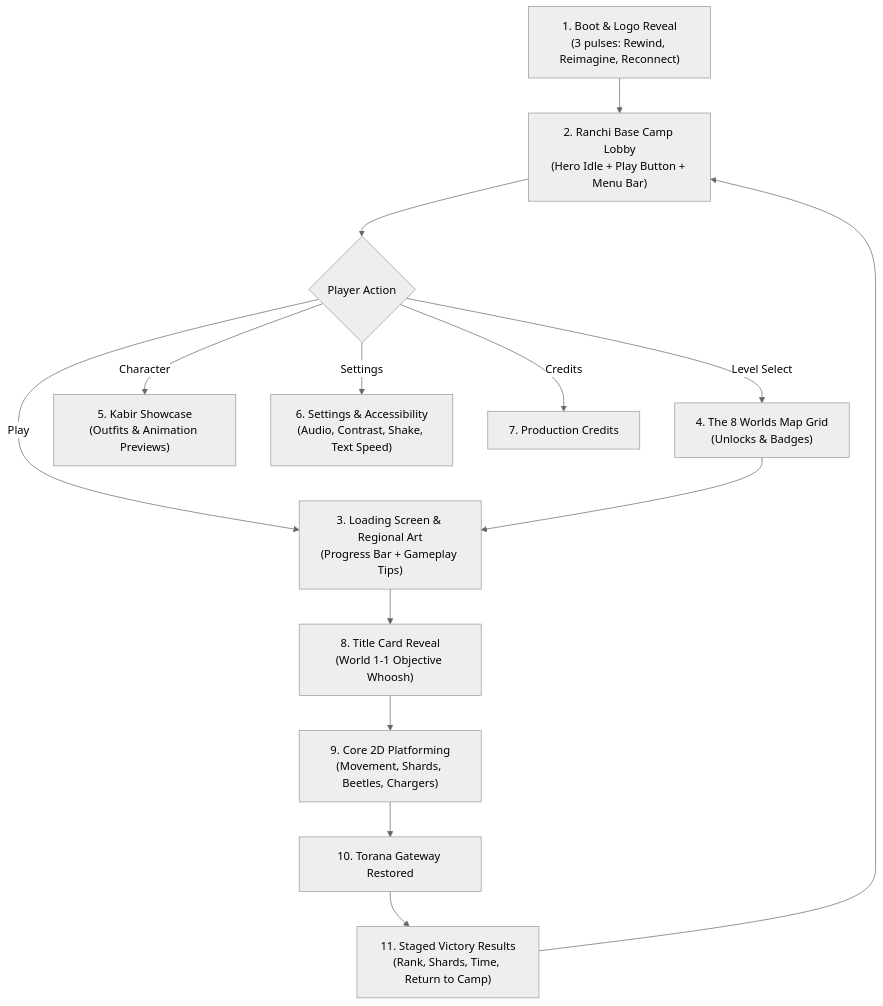
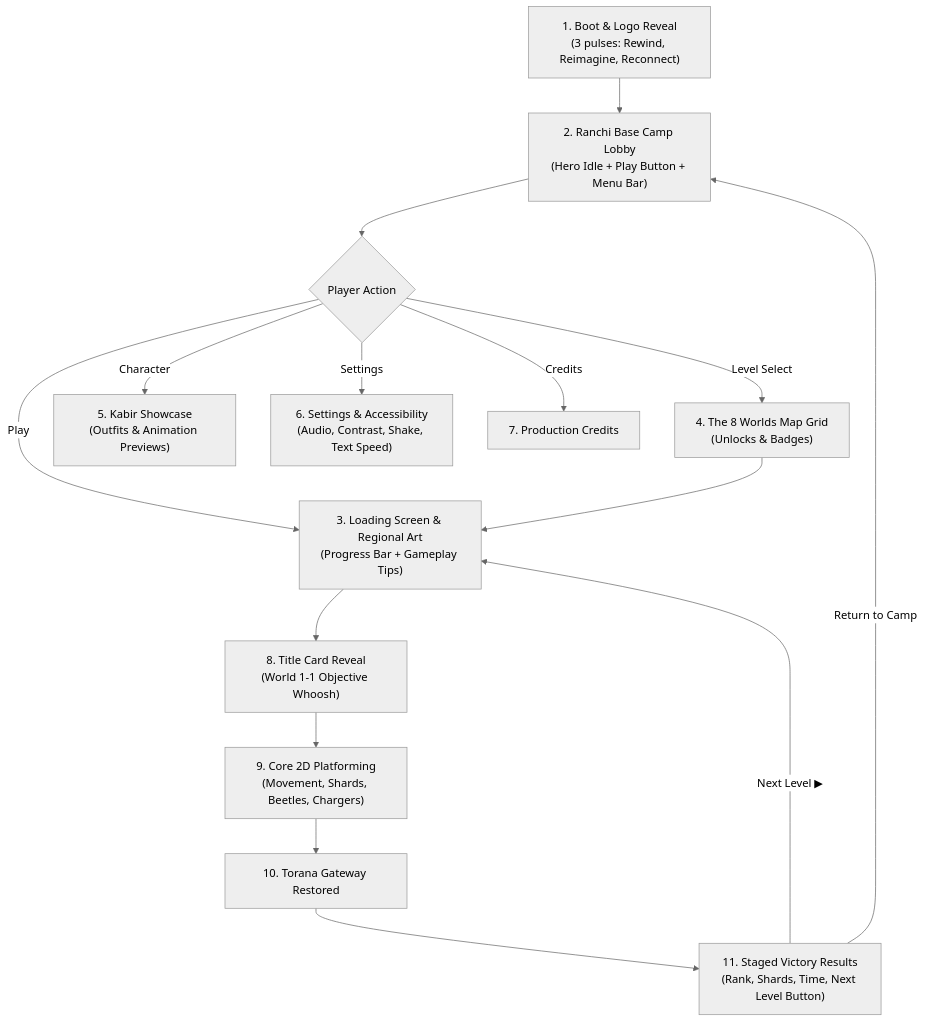
Before and after one commit to Ranjeet7680/Super-Mario-Bros: the diagram in wiki/Complete-UI-and-Acting-Architecture.md, drawn with Mermaid (neutral theme). The commit also changed other lines of this file, not shown here.

Commit message:
docs: update wiki botanical architecture for Sal, Palas, and Mahua trees

````diff
--- a/wiki/Complete-UI-and-Acting-Architecture.md
+++ b/wiki/Complete-UI-and-Acting-Architecture.md
@@ -9,16 +9,17 @@
 ```mermaid
 flowchart TD
     Boot["1. Boot & Logo Reveal\n(3 pulses: Rewind, Reimagine, Reconnect)"] --> Lobby["2. Ranchi Base Camp Lobby\n(Hero Idle + Play Button + Menu Bar)"]
     Lobby --> Select{"Player Action"}
     Select -->|"Play"| Loading["3. Loading Screen & Regional Art\n(Progress Bar + Gameplay Tips)"]
     Select -->|"Level Select"| Map["4. The 8 Worlds Map Grid\n(Unlocks & Badges)"]
     Select -->|"Character"| Viewer["5. Kabir Showcase\n(Outfits & Animation Previews)"]
     Select -->|"Settings"| Config["6. Settings & Accessibility\n(Audio, Contrast, Shake, Text Speed)"]
     Select -->|"Credits"| Credits["7. Production Credits"]
     Map --> Loading
     Loading --> TitleCard["8. Title Card Reveal\n(World 1-1 Objective Whoosh)"]
     TitleCard --> Game["9. Core 2D Platforming\n(Movement, Shards, Beetles, Chargers)"]
     Game --> Goal["10. Torana Gateway Restored"]
-    Goal --> Victory["11. Staged Victory Results\n(Rank, Shards, Time, Return to Camp)"]
-    Victory --> Lobby
+    Goal --> Victory["11. Staged Victory Results\n(Rank, Shards, Time, Next Level Button)"]
+    Victory -->|"Next Level ▶"| Loading
+    Victory -->|"Return to Camp"| Lobby
 ```
````
